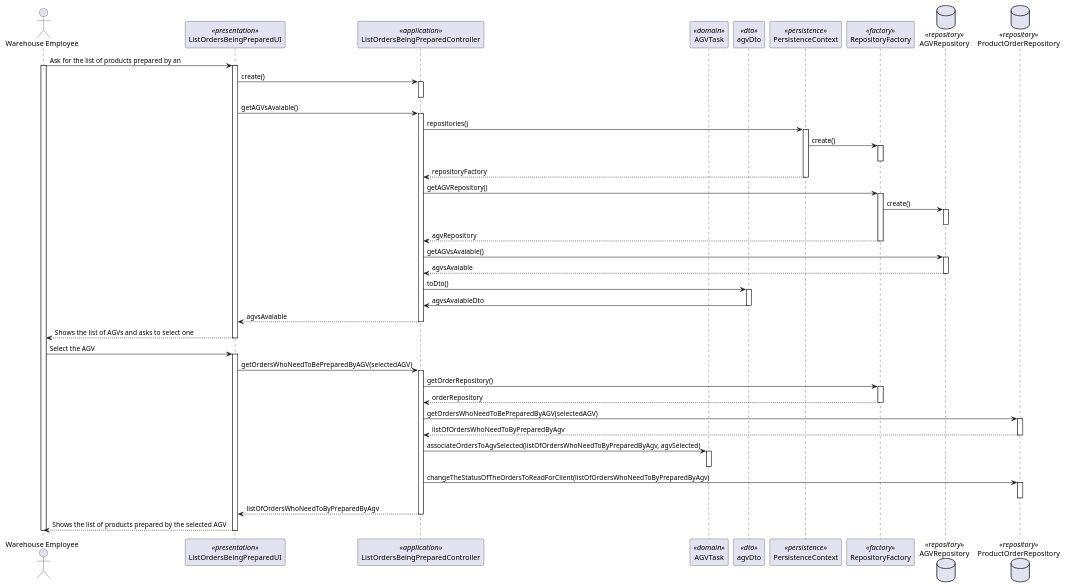
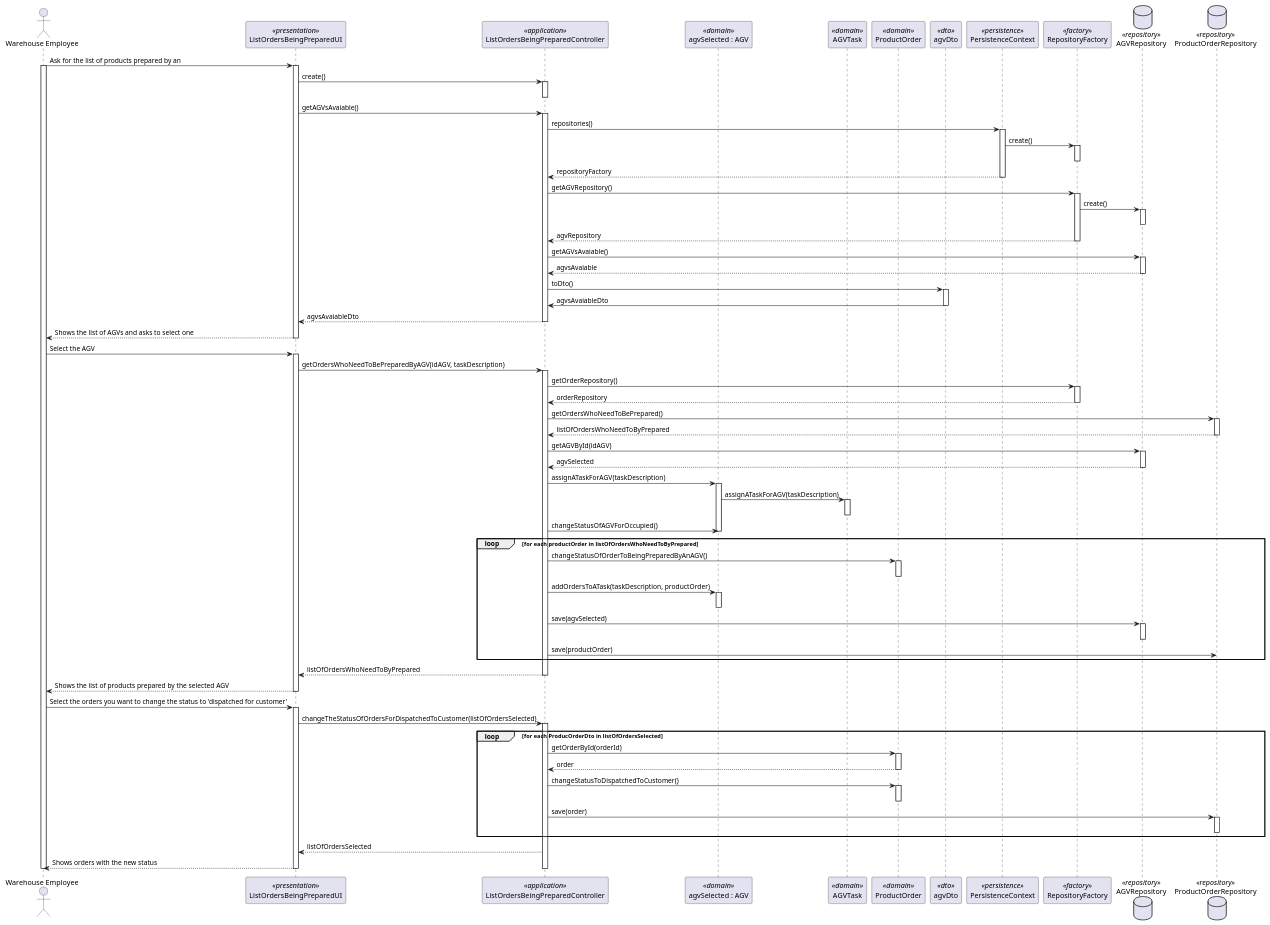
The diagram in docs/1200720/US2004/SD_US2004.puml (0franciscor/lei21_22_s4_2de_01), drawn with PlantUML before and after one commit. The commit also changed 44 other files, not shown here.

Commit message:
#20 - Changes to the US2004 sequence diagram

```diff
--- a/docs/1200720/US2004/SD_US2004.puml
+++ b/docs/1200720/US2004/SD_US2004.puml
@@ -1,118 +1,172 @@
 @startuml
 'http://plantuml.com/skinparam.html
 
 actor "Warehouse Employee" as EMPLOYEE
 participant ListOrdersBeingPreparedUI as UI <<presentation>>
 participant ListOrdersBeingPreparedController as CONTROLLER <<application>>
+participant "agvSelected : AGV" as AGV <<domain>>
 participant AGVTask as TASK <<domain>>
+participant ProductOrder as ORDER <<domain>>
 participant agvDto as DTO  <<dto>>
 participant PersistenceContext as PERSISTENCE <<persistence>>
 participant RepositoryFactory as FACTORY <<factory>>
 database AGVRepository as REPOSITORY_AGV <<repository>>
 database ProductOrderRepository as REPOSITORY_ORDERS <<repository>>
 
 EMPLOYEE -> UI: Ask for the list of products prepared by an
 activate EMPLOYEE
 activate UI
 
 UI -> CONTROLLER: create()
 
 activate CONTROLLER
 deactivate CONTROLLER
 
 UI -> CONTROLLER : getAGVsAvaiable()
 activate CONTROLLER
 
 CONTROLLER -> PERSISTENCE : repositories()
 
 activate PERSISTENCE
 
 PERSISTENCE -> FACTORY : create()
 
 activate FACTORY
 deactivate FACTORY
 
 PERSISTENCE --> CONTROLLER : repositoryFactory
 
 deactivate PERSISTENCE
 
 CONTROLLER -> FACTORY : getAGVRepository()
 
 activate FACTORY
 
 FACTORY -> REPOSITORY_AGV : create()
 
 activate REPOSITORY_AGV
 deactivate REPOSITORY_AGV
 
 FACTORY --> CONTROLLER : agvRepository
 deactivate FACTORY
 
 CONTROLLER -> REPOSITORY_AGV : getAGVsAvaiable()
 
 activate REPOSITORY_AGV
 
 REPOSITORY_AGV --> CONTROLLER : agvsAvaiable
 
 deactivate REPOSITORY_AGV
 
 CONTROLLER -> DTO : toDto()
 
 activate DTO
 
 DTO -> CONTROLLER : agvsAvaiableDto
 
 deactivate DTO
 
-CONTROLLER --> UI : agvsAvaiable
+CONTROLLER --> UI : agvsAvaiableDto
 deactivate CONTROLLER
 
 UI --> EMPLOYEE: Shows the list of AGVs and asks to select one
 
 
 deactivate CONTROLLER
 deactivate UI
 
 EMPLOYEE -> UI : Select the AGV
 
 activate UI
 
-UI -> CONTROLLER : getOrdersWhoNeedToBePreparedByAGV(selectedAGV)
+UI -> CONTROLLER : getOrdersWhoNeedToBePreparedByAGV(idAGV, taskDescription)
 
 activate CONTROLLER
 
 CONTROLLER -> FACTORY : getOrderRepository()
 
 activate FACTORY
 
 FACTORY --> CONTROLLER : orderRepository
 
 deactivate FACTORY
 
-CONTROLLER -> REPOSITORY_ORDERS : getOrdersWhoNeedToBePreparedByAGV(selectedAGV)
+CONTROLLER -> REPOSITORY_ORDERS : getOrdersWhoNeedToBePrepared()
 
 activate REPOSITORY_ORDERS
 
-REPOSITORY_ORDERS --> CONTROLLER : listOfOrdersWhoNeedToByPreparedByAgv
+REPOSITORY_ORDERS --> CONTROLLER : listOfOrdersWhoNeedToByPrepared
 deactivate REPOSITORY_ORDERS
 
-CONTROLLER -> TASK : associateOrdersToAgvSelected(listOfOrdersWhoNeedToByPreparedByAgv, agvSelected)
+CONTROLLER -> REPOSITORY_AGV : getAGVById(idAGV)
+activate REPOSITORY_AGV
 
+REPOSITORY_AGV --> CONTROLLER : agvSelected
+deactivate REPOSITORY_AGV
+
+CONTROLLER -> AGV : assignATaskForAGV(taskDescription)
+activate AGV
+
+AGV -> TASK : assignATaskForAGV(taskDescription)
 activate TASK
 deactivate TASK
 
-CONTROLLER -> REPOSITORY_ORDERS : changeTheStatusOfTheOrdersToReadForClient(listOfOrdersWhoNeedToByPreparedByAgv)
+CONTROLLER -> AGV : changeStatusOfAGVForOccupied()
+deactivate AGV
 
+
+
+loop for each productOrder in listOfOrdersWhoNeedToByPrepared
+CONTROLLER -> ORDER : changeStatusOfOrderToBeingPreparedByAnAGV()
+activate ORDER
+deactivate ORDER
+
+CONTROLLER -> AGV : addOrdersToATask(taskDescription, productOrder)
+activate AGV
+deactivate AGV
+CONTROLLER -> REPOSITORY_AGV : save(agvSelected)
+activate REPOSITORY_AGV
+deactivate REPOSITORY_AGV
+CONTROLLER -> REPOSITORY_ORDERS : save(productOrder)
+end
 activate REPOSITORY_ORDERS
 deactivate REPOSITORY_ORDERS
 
-CONTROLLER --> UI : listOfOrdersWhoNeedToByPreparedByAgv
+CONTROLLER --> UI : listOfOrdersWhoNeedToByPrepared
 deactivate CONTROLLER
 
 UI --> EMPLOYEE : Shows the list of products prepared by the selected AGV
 
 deactivate UI
 
+EMPLOYEE -> UI : Select the orders you want to change the status to 'dispatched for customer'
+activate UI
+
+UI -> CONTROLLER : changeTheStatusOfOrdersForDispatchedToCustomer(listOfOrdersSelected)
+activate CONTROLLER
+
+loop for each ProducOrderDto in listOfOrdersSelected
+CONTROLLER -> ORDER : getOrderById(orderId)
+activate ORDER
+ORDER --> CONTROLLER : order
+deactivate ORDER
+
+CONTROLLER -> ORDER : changeStatusToDispatchedToCustomer()
+activate ORDER
+deactivate ORDER
+
+CONTROLLER -> REPOSITORY_ORDERS : save(order)
+activate REPOSITORY_ORDERS
+deactivate REPOSITORY_ORDERS
+end loop
+
+CONTROLLER --> UI : listOfOrdersSelected
+UI --> EMPLOYEE : Shows orders with the new status
+
+deactivate CONTROLLER
+deactivate UI
+
+
 deactivate EMPLOYEE
 
 @enduml
```
